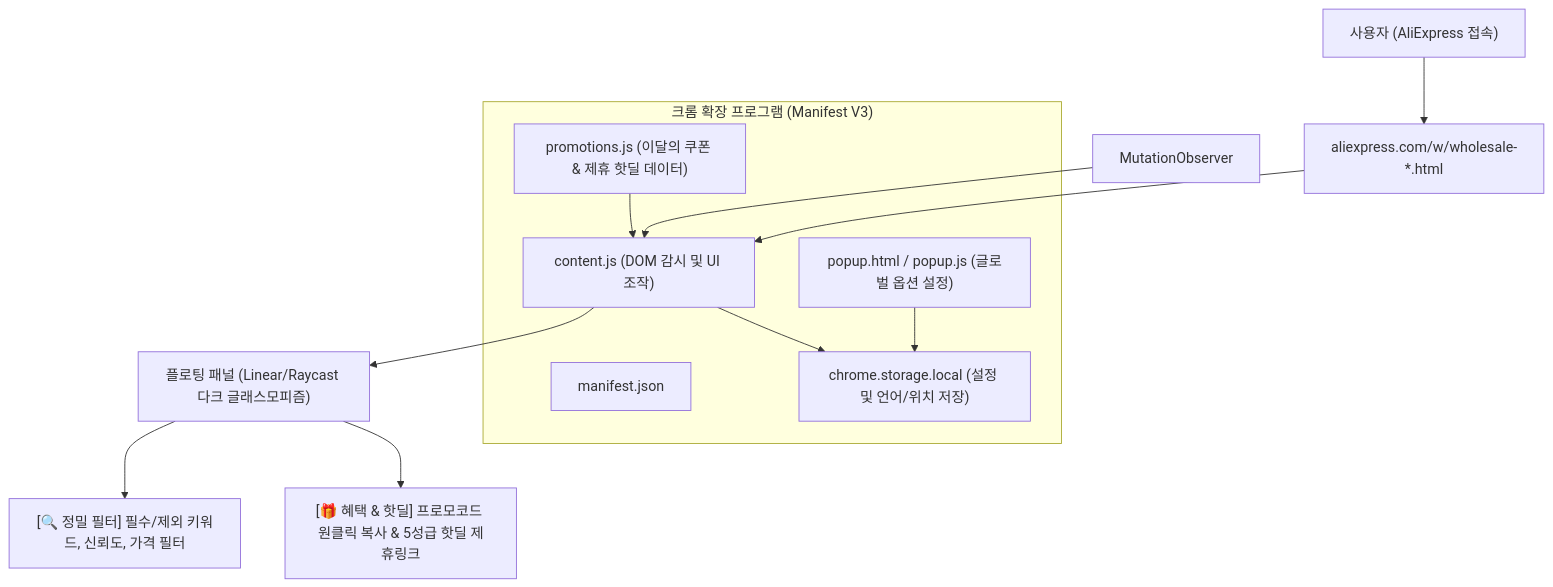
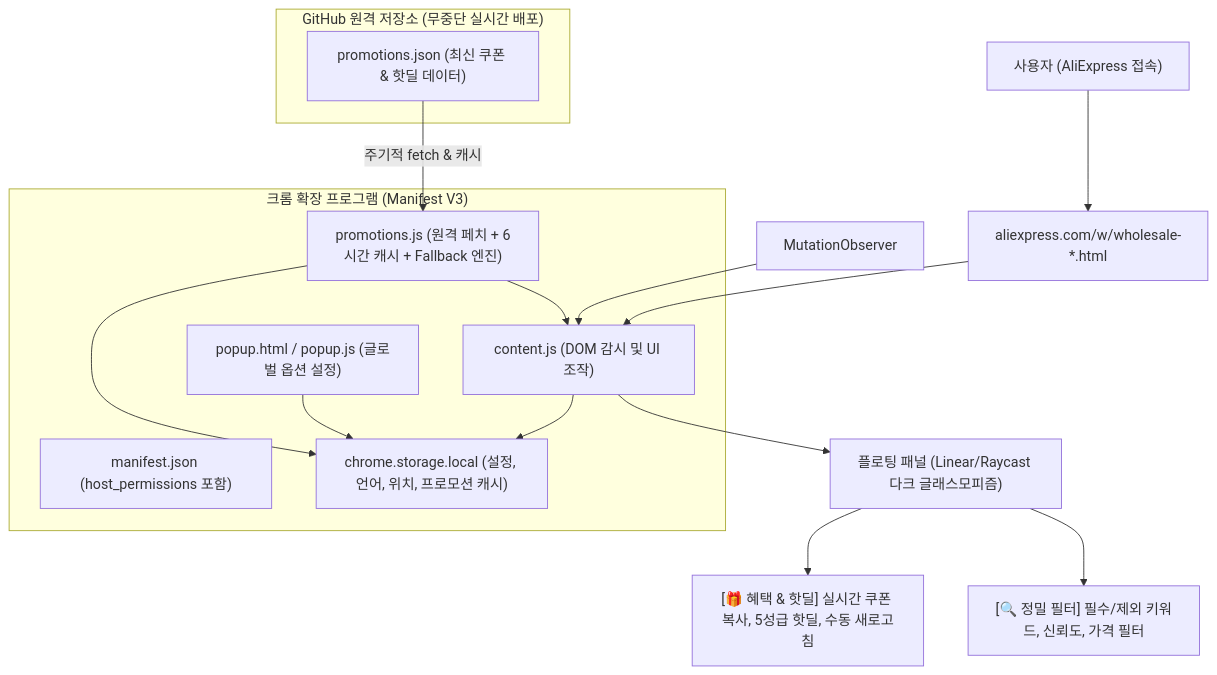
Before and after one commit to ff8scall/AliFilter: the diagram in .gravityBrain/SYSTEM_MAP.md, drawn with Mermaid. The commit also changed 10 other files, not shown here.

Commit message:
feat: Implement zero-downtime remote promotions sync engine with caching and fallback

````diff
--- a/.gravityBrain/SYSTEM_MAP.md
+++ b/.gravityBrain/SYSTEM_MAP.md
@@ -9,23 +9,29 @@
 ```mermaid
 graph TD
     User["사용자 (AliExpress 접속)"] --> WebPage["aliexpress.com/w/wholesale-*.html"]
     WebPage --> ContentScript["content.js (DOM 감시 및 UI 조작)"]
     
+    subgraph RemoteServer ["GitHub 원격 저장소 (무중단 실시간 배포)"]
+        RemoteJSON["promotions.json (최신 쿠폰 & 핫딜 데이터)"]
+    end
+
     subgraph ChromeExtension ["크롬 확장 프로그램 (Manifest V3)"]
-        Manifest["manifest.json"]
+        Manifest["manifest.json (host_permissions 포함)"]
         Popup["popup.html / popup.js (글로벌 옵션 설정)"]
-        Promotions["promotions.js (이달의 쿠폰 & 제휴 핫딜 데이터)"]
+        Promotions["promotions.js (원격 페치 + 6시간 캐시 + Fallback 엔진)"]
         ContentScript
-        Storage["chrome.storage.local (설정 및 언어/위치 저장)"]
+        Storage["chrome.storage.local (설정, 언어, 위치, 프로모션 캐시)"]
     end
     
+    RemoteJSON -->|주기적 fetch & 캐시| Promotions
     Promotions --> ContentScript
     ContentScript --> FloatingPanel["플로팅 패널 (Linear/Raycast 다크 글래스모피즘)"]
     FloatingPanel --> TabFilters["[🔍 정밀 필터] 필수/제외 키워드, 신뢰도, 가격 필터"]
-    FloatingPanel --> TabDeals["[🎁 혜택 & 핫딜] 프로모코드 원클릭 복사 & 5성급 핫딜 제휴링크"]
+    FloatingPanel --> TabDeals["[🎁 혜택 & 핫딜] 실시간 쿠폰 복사, 5성급 핫딜, 수동 새로고침"]
     
     ContentScript --> Storage
     Popup --> Storage
+    Promotions --> Storage
     
     Observer["MutationObserver"] --> ContentScript
 ```
````
